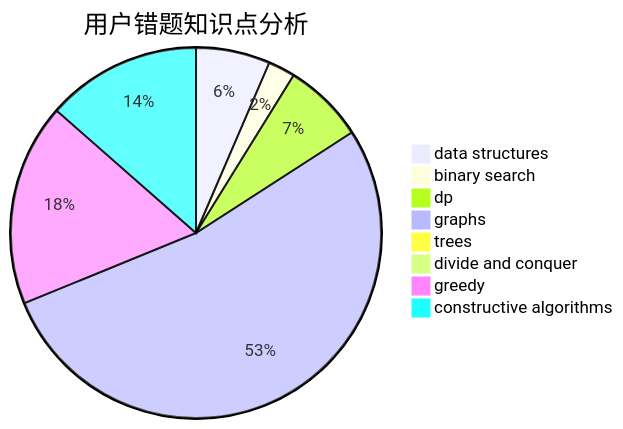
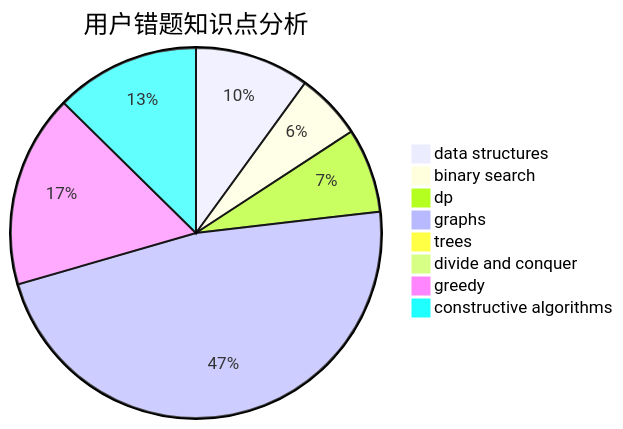
One commit to sherpahu/cfrs.github.io changed the third of 3 diagrams in docs/user/u1491.md. Above: the diagram before and after it, drawn with Mermaid. The commit also changed other lines of this file and 2770 other files, not shown here.

````diff
--- a/docs/user/u1491.md
+++ b/docs/user/u1491.md
@@ -36,11 +36,11 @@
 ```mermaid
 pie title 用户错题知识点分析
-    "data structures" :  11
-    "binary search" :  4
-    "dp" :  12
+    "data structures" :  19
+    "binary search" :  11
+    "dp" :  14
     "graphs" :  90
     "trees" :  0
     "divide and conquer" :  0
-    "greedy" :  30
-    "constructive algorithms" :  23
+    "greedy" :  32
+    "constructive algorithms" :  24
 ```
````
